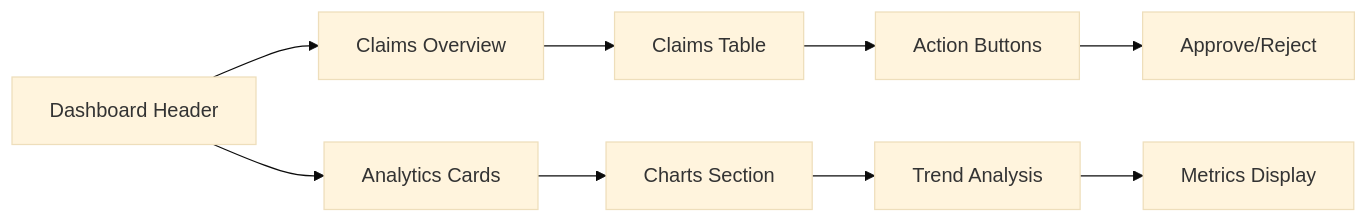
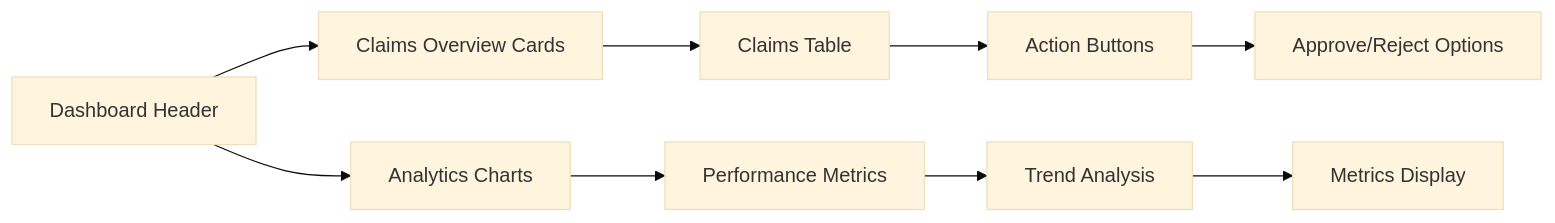
One commit to NARAsimha654/claim-adjudicator-ai changed the fourth of 5 diagrams in README.md. Above: the diagram before and after it, drawn with Mermaid (base theme). The commit also changed other lines of this file, not shown here.

Commit message:
Update README.md with project-specific details and Mermaid.js diagrams

````diff
--- a/README.md
+++ b/README.md
@@ -208,11 +197,11 @@
 ```mermaid
 graph LR
-    A[Dashboard Header] --> B[Claims Overview]
-    A --> C[Analytics Cards]
+    A[Dashboard Header] --> B[Claims Overview Cards]
+    A --> C[Analytics Charts]
     B --> D[Claims Table]
-    C --> E[Charts Section]
+    C --> E[Performance Metrics]
     D --> F[Action Buttons]
     E --> G[Trend Analysis]
-    F --> H[Approve/Reject]
+    F --> H[Approve/Reject Options]
     G --> I[Metrics Display]
 ```
````
